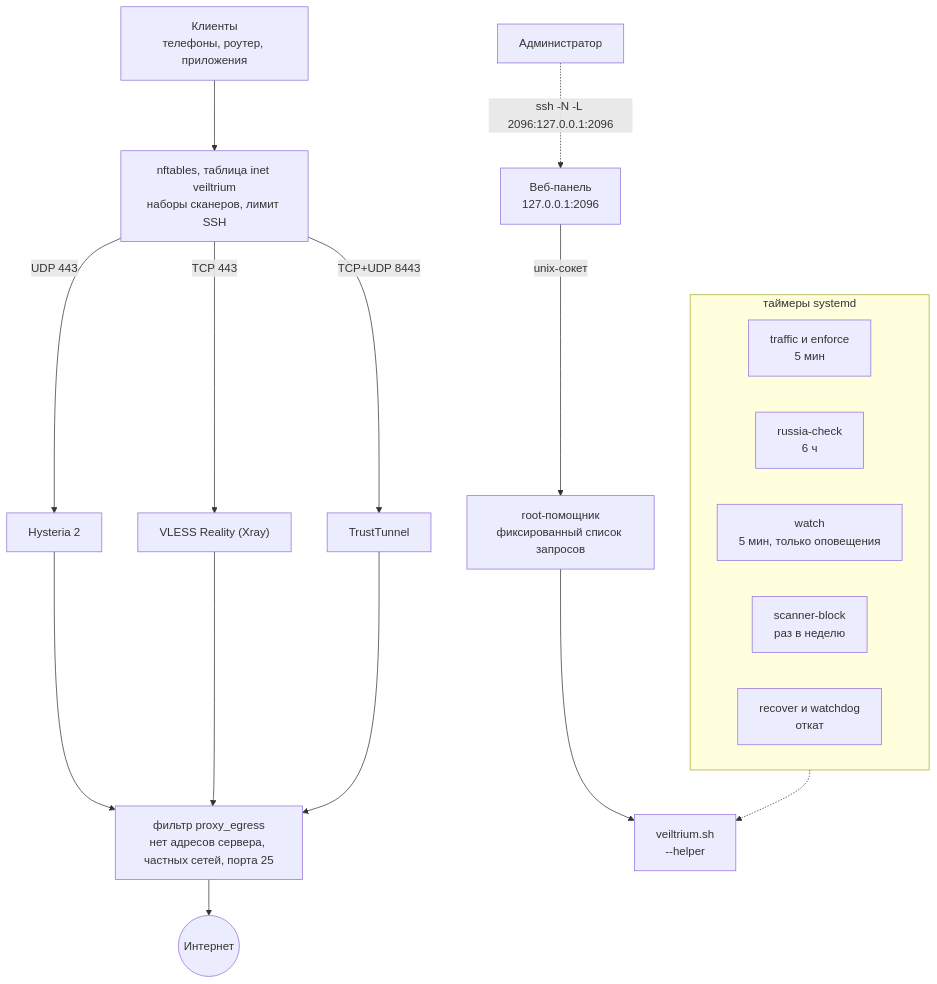
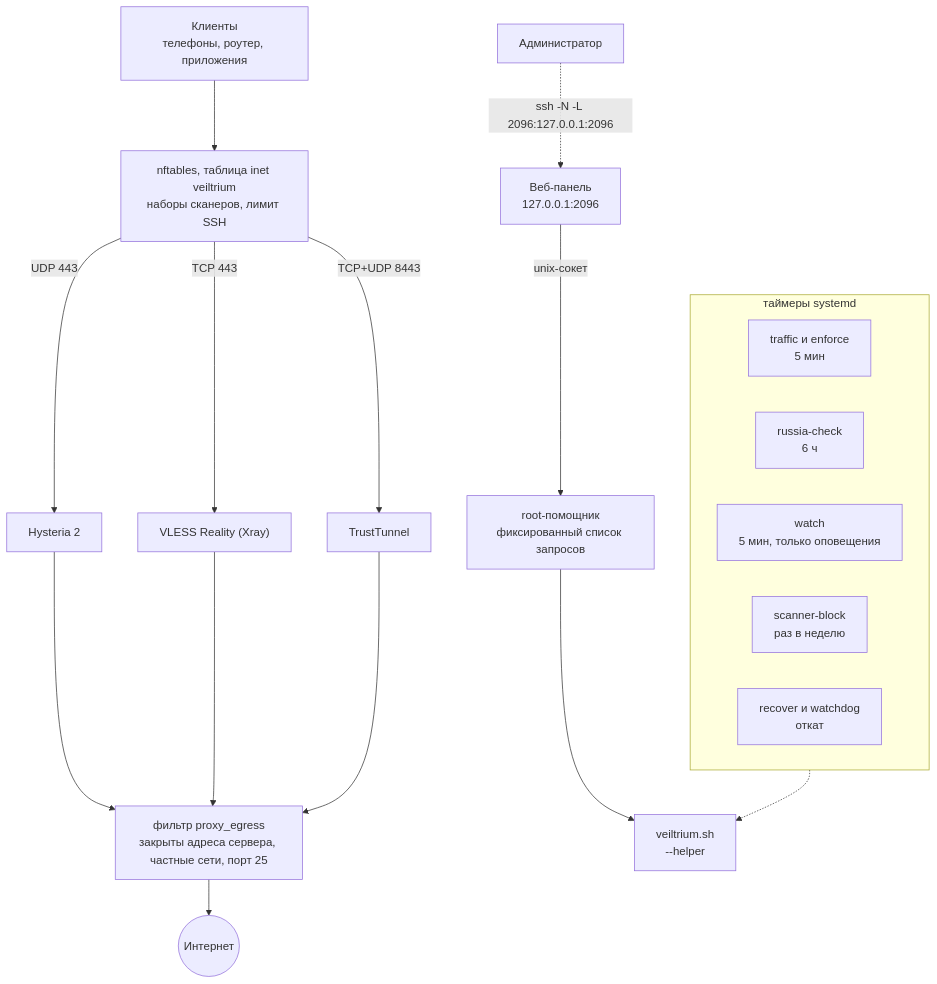
Before and after one commit to Vanilla-SilQ-HD/Veiltrium: the diagram in README.ru.md, drawn with Mermaid. The commit also changed other lines of this file and 3 other files, not shown here.

````diff
--- a/README.ru.md
+++ b/README.ru.md
@@ -118,25 +118,25 @@
 ```mermaid
 flowchart TB
     C["Клиенты<br/>телефоны, роутер, приложения"] --> FW["nftables, таблица inet veiltrium<br/>наборы сканеров, лимит SSH"]
     FW -->|"UDP 443"| H["Hysteria 2"]
     FW -->|"TCP 443"| R["VLESS Reality (Xray)"]
     FW -->|"TCP+UDP 8443"| T["TrustTunnel"]
-    H --> E["фильтр proxy_egress<br/>нет адресов сервера, частных сетей, порта 25"]
+    H --> E["фильтр proxy_egress<br/>закрыты адреса сервера, частные сети, порт 25"]
     R --> E
     T --> E
     E --> I(("Интернет"))
 
     A["Администратор"] -.->|"ssh -N -L 2096:127.0.0.1:2096"| P["Веб-панель<br/>127.0.0.1:2096"]
     P -->|"unix-сокет"| HP["root-помощник<br/>фиксированный список запросов"]
     HP --> S["veiltrium.sh<br/>--helper"]
 
     subgraph TM["таймеры systemd"]
         direction LR
         T1["traffic и enforce<br/>5 мин"]
         T2["russia-check<br/>6 ч"]
         T3["watch<br/>5 мин, только оповещения"]
         T4["scanner-block<br/>раз в неделю"]
         T5["recover и watchdog<br/>откат"]
     end
     TM -.-> S
 ```
````
